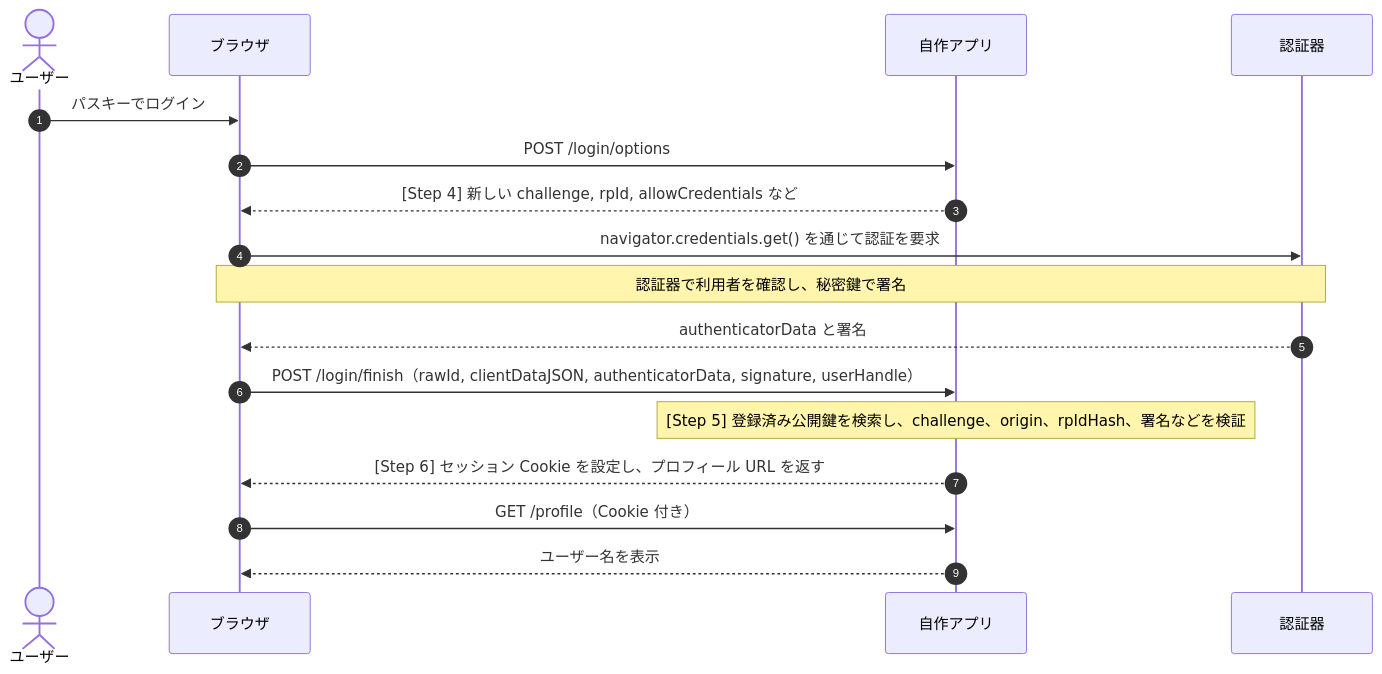
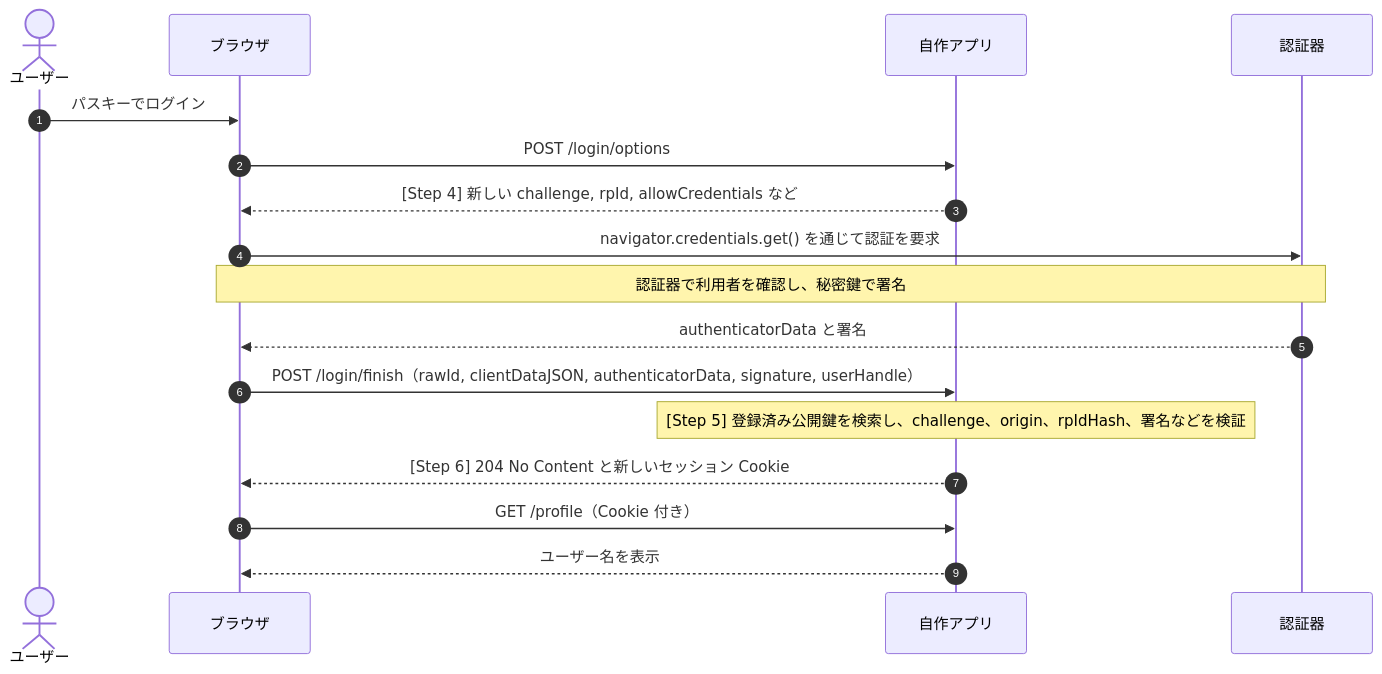
The second of 2 diagrams in webauthn/README.md (Da-1kun/study-Auth), drawn with Mermaid before and after one commit. The commit also changed other lines of this file and 5 other files, not shown here.

````diff
--- a/webauthn/README.md
+++ b/webauthn/README.md
@@ -45,20 +45,20 @@
 ```mermaid
 sequenceDiagram
     autonumber
     actor U as ユーザー
     participant B as ブラウザ
     participant A as 自作アプリ
     participant K as 認証器
 
     U->>B: パスキーでログイン
     B->>A: POST /login/options
     A-->>B: [Step 4] 新しい challenge, rpId, allowCredentials など
     B->>K: navigator.credentials.get() を通じて認証を要求
     Note over B,K: 認証器で利用者を確認し、秘密鍵で署名
     K-->>B: authenticatorData と署名
     B->>A: POST /login/finish（rawId, clientDataJSON, authenticatorData, signature, userHandle）
     Note over A: [Step 5] 登録済み公開鍵を検索し、challenge、origin、rpIdHash、署名などを検証
-    A-->>B: [Step 6] セッション Cookie を設定し、プロフィール URL を返す
+    A-->>B: [Step 6] 204 No Content と新しいセッション Cookie
     B->>A: GET /profile（Cookie 付き）
     A-->>B: ユーザー名を表示
 ```
````
